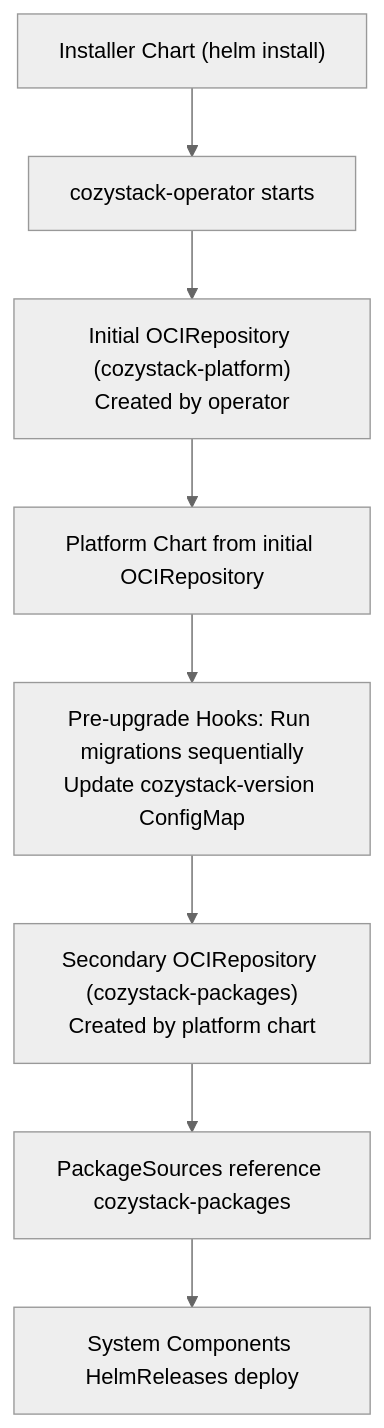
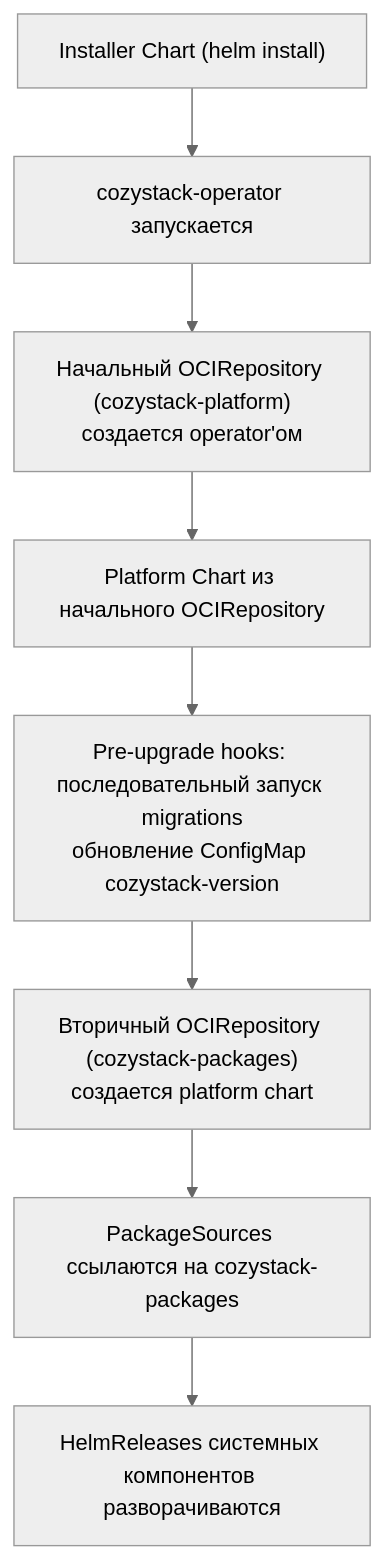
Before and after one commit to katamarina-ru/cozystack-website: the first of 9 diagrams in content/en/docs/v1.3/guides/concepts.md, drawn with Mermaid (neutral theme). The commit also changed other lines of this file and 55 other files, not shown here.

````diff
--- a/content/en/docs/v1.3/guides/concepts.md
+++ b/content/en/docs/v1.3/guides/concepts.md
@@ -108,13 +108,13 @@
 ```mermaid
 flowchart TD
     A["Installer Chart (helm install)"]
-    B["cozystack-operator starts"]
-    C["Initial OCIRepository (cozystack-platform)<br/>Created by operator"]
-    D["Platform Chart from initial OCIRepository"]
-    E["Pre-upgrade Hooks: Run migrations sequentially<br/>Update cozystack-version ConfigMap"]
-    F["Secondary OCIRepository (cozystack-packages)<br/>Created by platform chart"]
-    G["PackageSources reference cozystack-packages"]
-    H["System Components HelmReleases deploy"]
-    
+    B["cozystack-operator запускается"]
+    C["Начальный OCIRepository (cozystack-platform)<br/>создается operator'ом"]
+    D["Platform Chart из начального OCIRepository"]
+    E["Pre-upgrade hooks: последовательный запуск migrations<br/>обновление ConfigMap cozystack-version"]
+    F["Вторичный OCIRepository (cozystack-packages)<br/>создается platform chart"]
+    G["PackageSources ссылаются на cozystack-packages"]
+    H["HelmReleases системных компонентов разворачиваются"]
+
     A --> B --> C --> D --> E --> F --> G --> H
 ```
````
